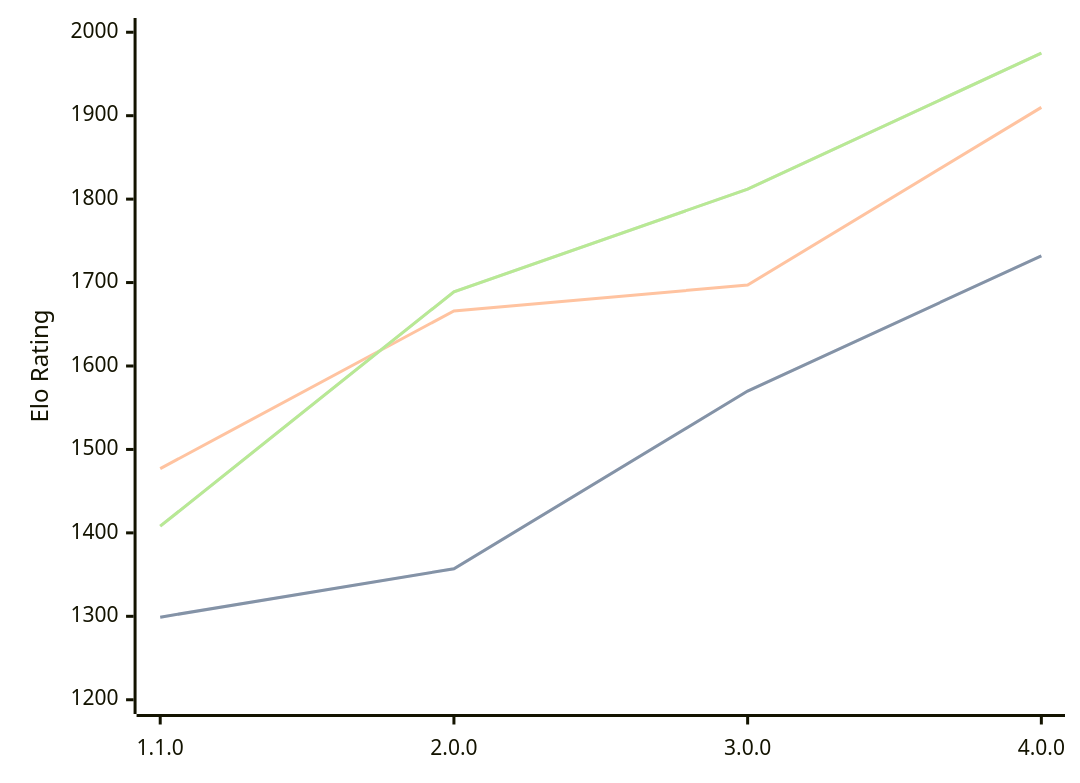
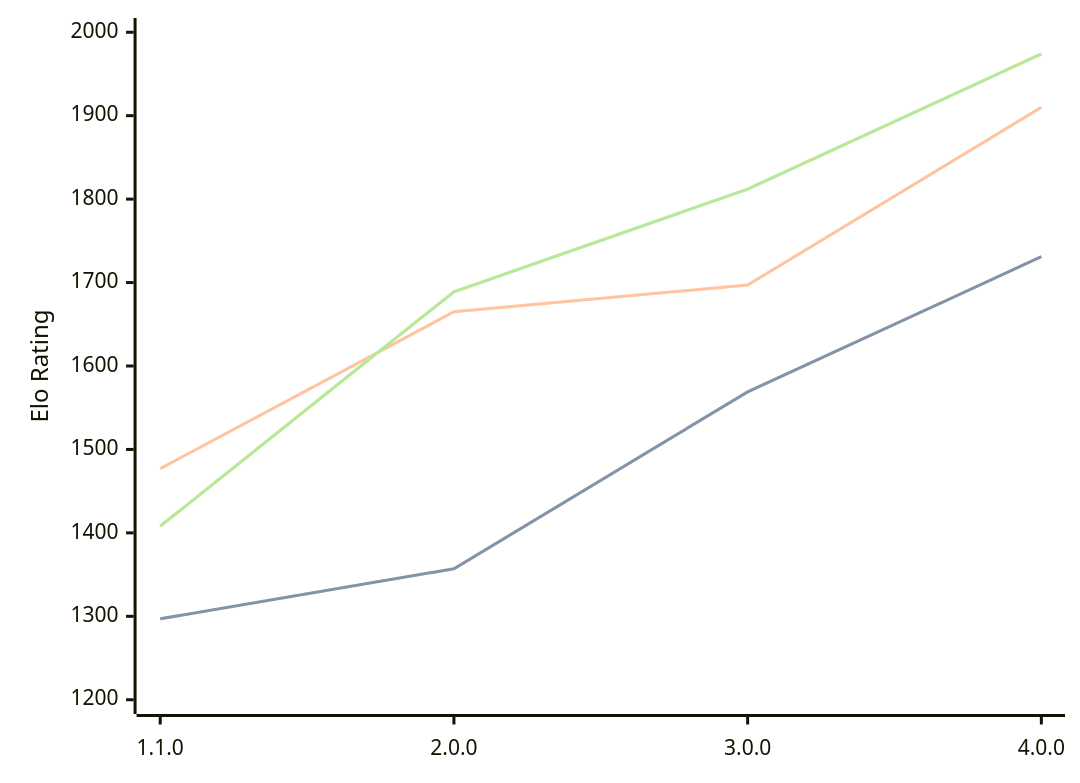
The diagram in engines/Laura.md (computer-chess-index/cci), drawn with Mermaid before and after one commit. The commit also changed other lines of this file, not shown here.

Commit message:
Update CCI Ratings (ELO VLTC) - 2026-09-03

````diff
--- a/engines/Laura.md
+++ b/engines/Laura.md
@@ -34,11 +34,11 @@
 ```mermaid
 %%{init: {"theme":"base","themeVariables":{"seriesColors:['#a3a3a3','#222221','#faa371']}}}%%
 xychart-beta
   x-axis ["1.1.0", "2.0.0", "3.0.0", "4.0.0"]
   y-axis "Elo Rating" 1200 --> 2000
-  line "" [1299, 1357, 1570, 1732]
-  line "STC (8.0+0.08s)" [1299, 1357, 1570, 1732]
-  line "LTC (60.0+0.60s)" [1477, 1666, 1697, 1910]
-  line "" [1408, 1689, 1812, 1975]
-  line "VLTC (2m24s+1.12s)" [1408, 1689, 1812, 1975]
+  line "" [1297, 1357, 1569, 1731]
+  line "STC (8.0+0.08s)" [1297, 1357, 1569, 1731]
+  line "LTC (60.0+0.60s)" [1477, 1665, 1697, 1910]
+  line "" [1408, 1689, 1812, 1974]
+  line "VLTC (2m24s+1.12s)" [1408, 1689, 1812, 1974]
 ```
````
